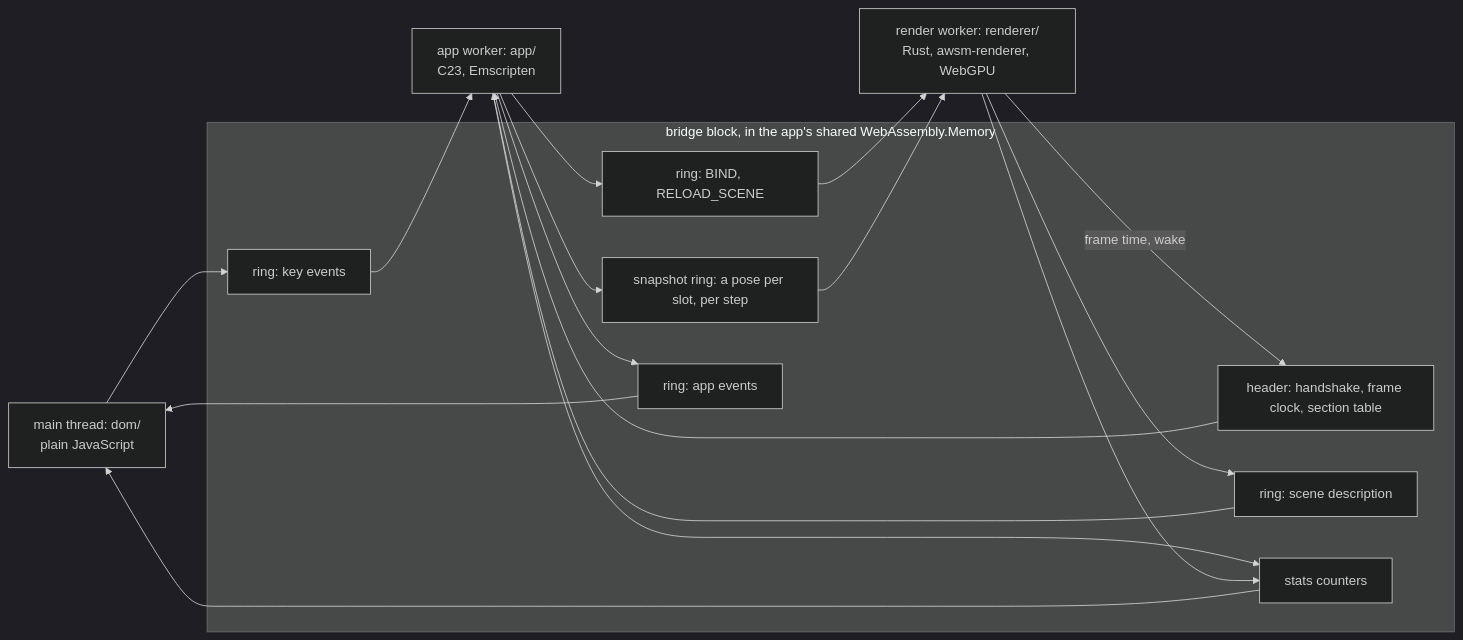
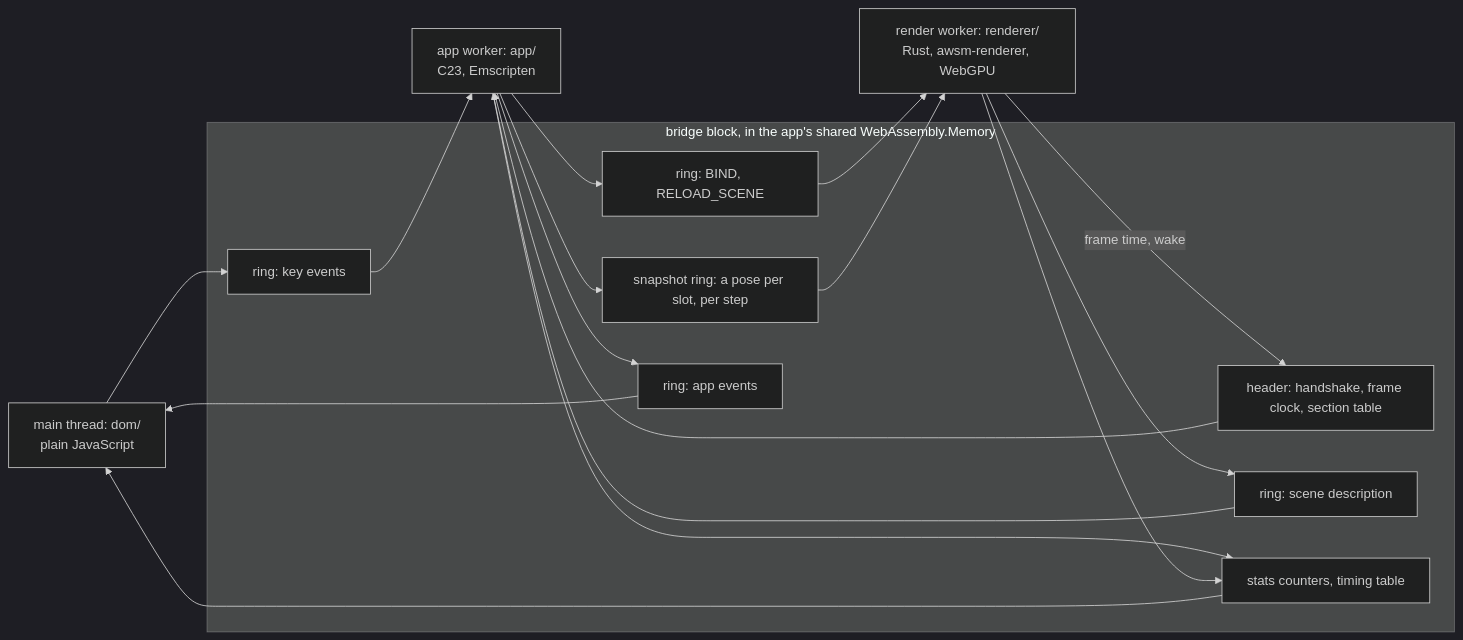
Before and after one commit to awsm-fun/awsm-template-simple-multithreaded-c: the first of 3 diagrams in README.md, drawn with Mermaid (dark theme). The commit also changed other lines of this file and 17 other files, not shown here.

````diff
--- a/README.md
+++ b/README.md
@@ -80,24 +97,24 @@
 ```mermaid
 flowchart LR
     DOM["main thread: dom/<br/>plain JavaScript"]
     REN["render worker: renderer/<br/>Rust, awsm-renderer, WebGPU"]
     APP["app worker: app/<br/>C23, Emscripten"]
     subgraph BLOCK["bridge block, in the app's shared WebAssembly.Memory"]
         CLOCK["header: handshake, frame clock, section table"]
         SNAP["snapshot ring: a pose per slot, per step"]
         KEYS["ring: key events"]
         SCENE["ring: scene description"]
         CMDS["ring: BIND, RELOAD_SCENE"]
         EVENTS["ring: app events"]
-        STATS["stats counters"]
+        STATS["stats counters, timing table"]
     end
     DOM --> KEYS --> APP
     REN --> SCENE --> APP
     APP --> CMDS --> REN
     APP --> EVENTS --> DOM
     APP --> SNAP --> REN
     REN -- "frame time, wake" --> CLOCK --> APP
     APP --> STATS
     REN --> STATS
     STATS --> DOM
 ```
````
